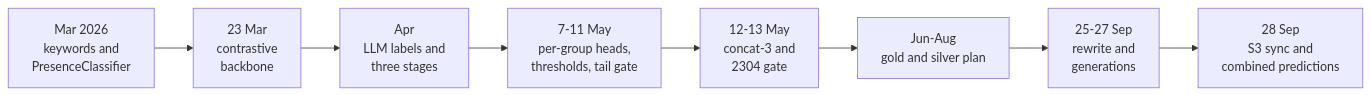
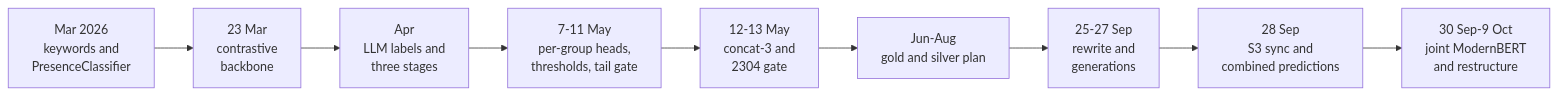
Before and after one commit to YugrajD/UC-Davis-VMTH-Cancer-Registry: the diagram in ml/documentation/history/README.md, drawn with Mermaid. The commit also changed other lines of this file and 32 other files, not shown here.

````diff
--- a/ml/documentation/history/README.md
+++ b/ml/documentation/history/README.md
@@ -18,10 +19,11 @@
 ```mermaid
 flowchart LR
     m1["Mar 2026<br>keywords and<br>PresenceClassifier"] --> m2["23 Mar<br>contrastive<br>backbone"]
     m2 --> m3["Apr<br>LLM labels and<br>three stages"]
     m3 --> m4["7-11 May<br>per-group heads,<br>thresholds, tail gate"]
     m4 --> m5["12-13 May<br>concat-3 and<br>2304 gate"]
     m5 --> m6["Jun-Aug<br>gold and silver plan"]
     m6 --> m7["25-27 Sep<br>rewrite and<br>generations"]
     m7 --> m8["28 Sep<br>S3 sync and<br>combined predictions"]
+    m8 --> m9["30 Sep-9 Oct<br>joint ModernBERT<br>and restructure"]
 ```
````
